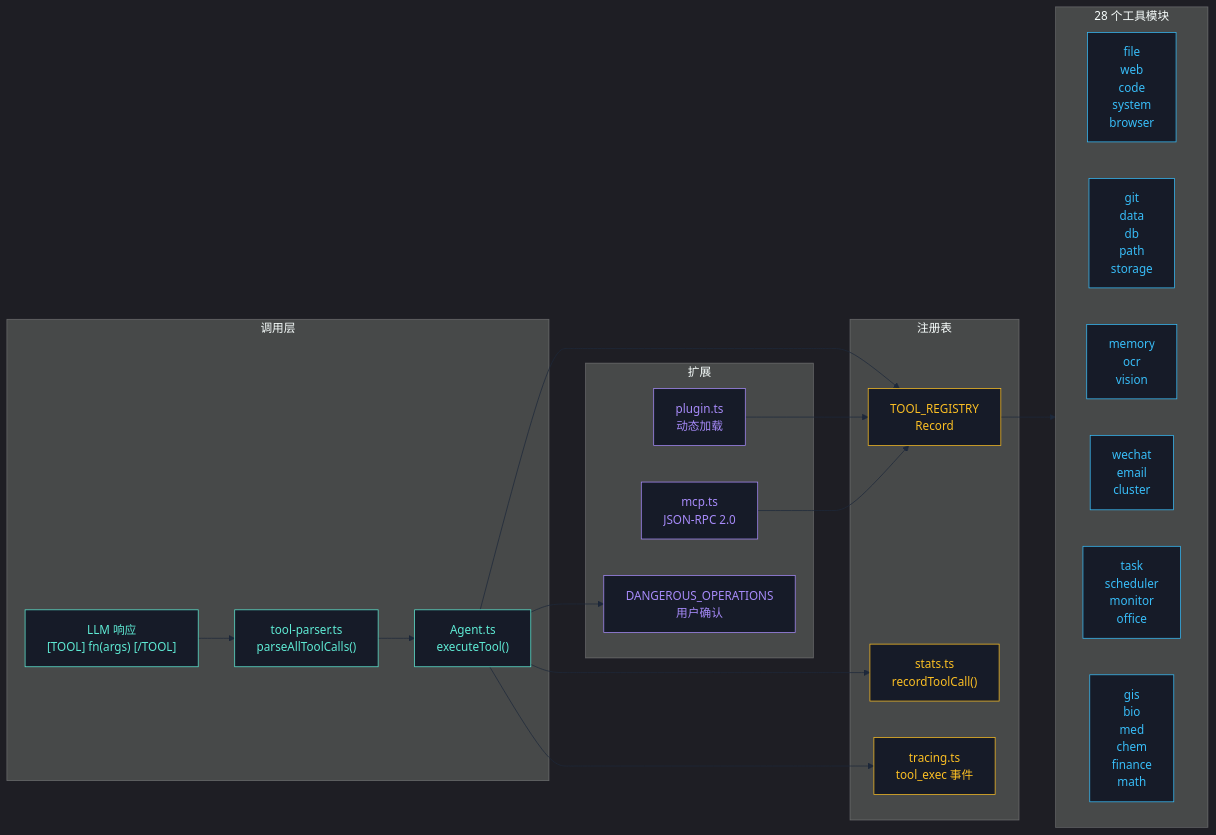
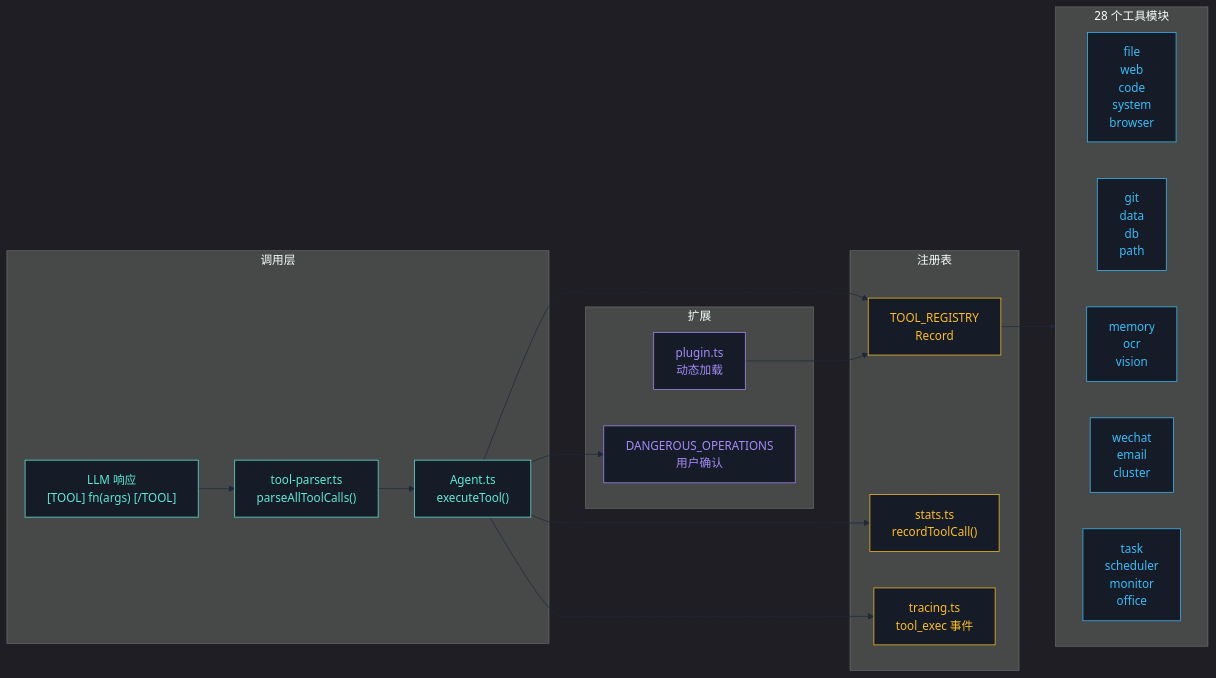
The first of 3 diagrams in README.zh.md (1486853830/CogitoAgent), drawn with Mermaid before and after one commit. The commit also changed other lines of this file and 55 other files, not shown here.

````diff
--- a/README.zh.md
+++ b/README.zh.md
@@ -103,51 +102,48 @@
 ```mermaid
 %%{init: {"theme": "dark", "themeVariables": {"bgColor": "#0b0e14", "primaryColor": "#5eead4", "primaryTextColor": "#5eead4", "primaryBorderColor": "#5eead4", "lineColor": "#1e293b", "textColor": "#94a3b8", "fontFamily": "JetBrains Mono, monospace", "fontSize": "10", "secondaryColor": "#161b28", "tertiaryColor": "#1c2230"}}}%%
 flowchart LR
     subgraph INVOCATION["调用层"]
         LLM["LLM 响应<br/>[TOOL] fn(args) [/TOOL]"]
         PARSER["tool-parser.ts<br/>parseAllToolCalls()"]
         EXECUTOR["Agent.ts<br/>executeTool()"]
     end
 
     subgraph REGISTRY["注册表"]
         REG["TOOL_REGISTRY<br/>Record<string, ToolEntry>"]
         STATS["stats.ts<br/>recordToolCall()"]
         TRACE["tracing.ts<br/>tool_exec 事件"]
     end
 
     subgraph MODULES["28 个工具模块"]
         direction LR
         CORE1["file<br/>web<br/>code<br/>system<br/>browser"]
-        CORE2["git<br/>data<br/>db<br/>path<br/>storage"]
+        CORE2["git<br/>data<br/>db<br/>path"]
         AI["memory<br/>ocr<br/>vision"]
         COMM["wechat<br/>email<br/>cluster"]
         AUTO["task<br/>scheduler<br/>monitor<br/>office"]
-        PROF["gis<br/>bio<br/>med<br/>chem<br/>finance<br/>math"]
     end
 
     subgraph EXTENSION["扩展"]
         PLUGIN["plugin.ts<br/>动态加载"]
-        MCP["mcp.ts<br/>JSON-RPC 2.0"]
         DANGER["DANGEROUS_OPERATIONS<br/>用户确认"]
     end
 
     LLM --> PARSER
     PARSER --> EXECUTOR
     EXECUTOR --> REG
     REG --> MODULES
     EXECUTOR --> STATS
     EXECUTOR --> TRACE
     EXECUTOR --> DANGER
     PLUGIN --> REG
-    MCP --> REG
 
     classDef invocation fill:#161b28,stroke:#5eead4,color:#5eead4;
     classDef registry fill:#161b28,stroke:#fbbf24,color:#fbbf24;
     classDef modules fill:#161b28,stroke:#38bdf8,color:#38bdf8;
     classDef extension fill:#161b28,stroke:#a78bfa,color:#a78bfa;
 
     class LLM,PARSER,EXECUTOR invocation;
     class REG,STATS,TRACE registry;
-    class CORE1,CORE2,AI,COMM,AUTO,PROF modules;
-    class PLUGIN,MCP,DANGER extension;
+    class CORE1,CORE2,AI,COMM,AUTO modules;
+    class PLUGIN,DANGER extension;
 ```
````
